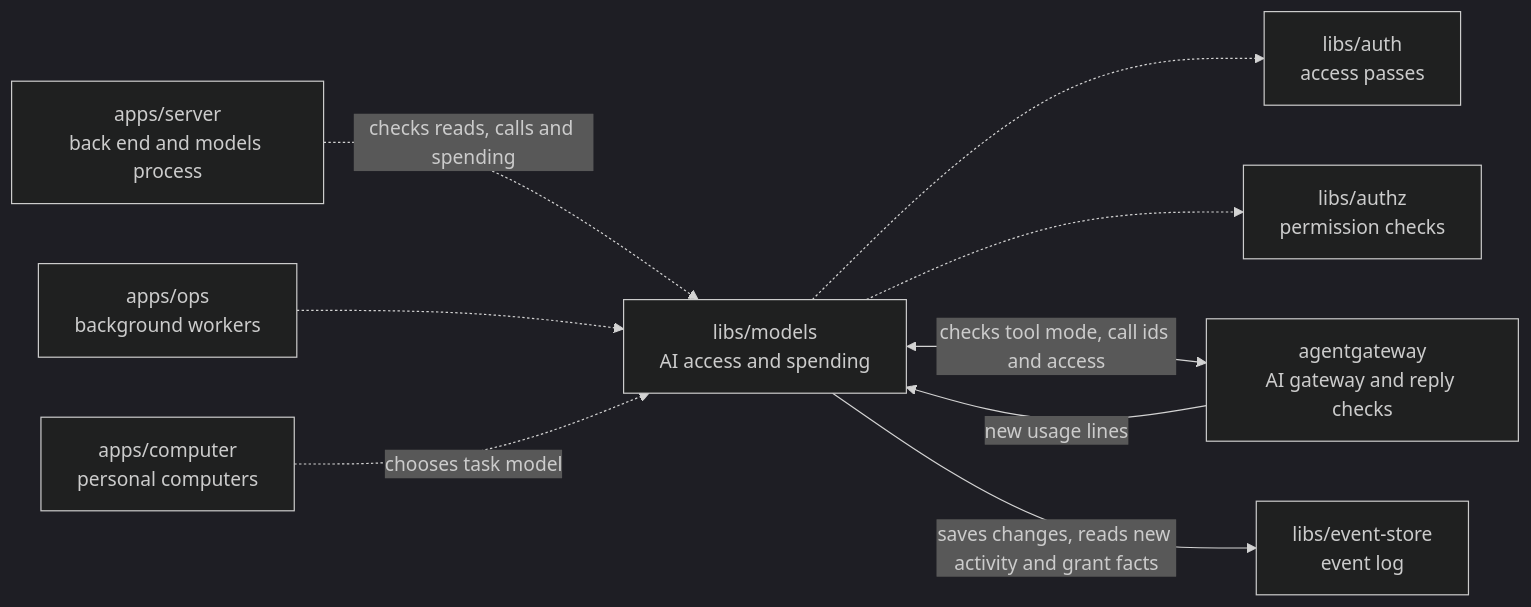
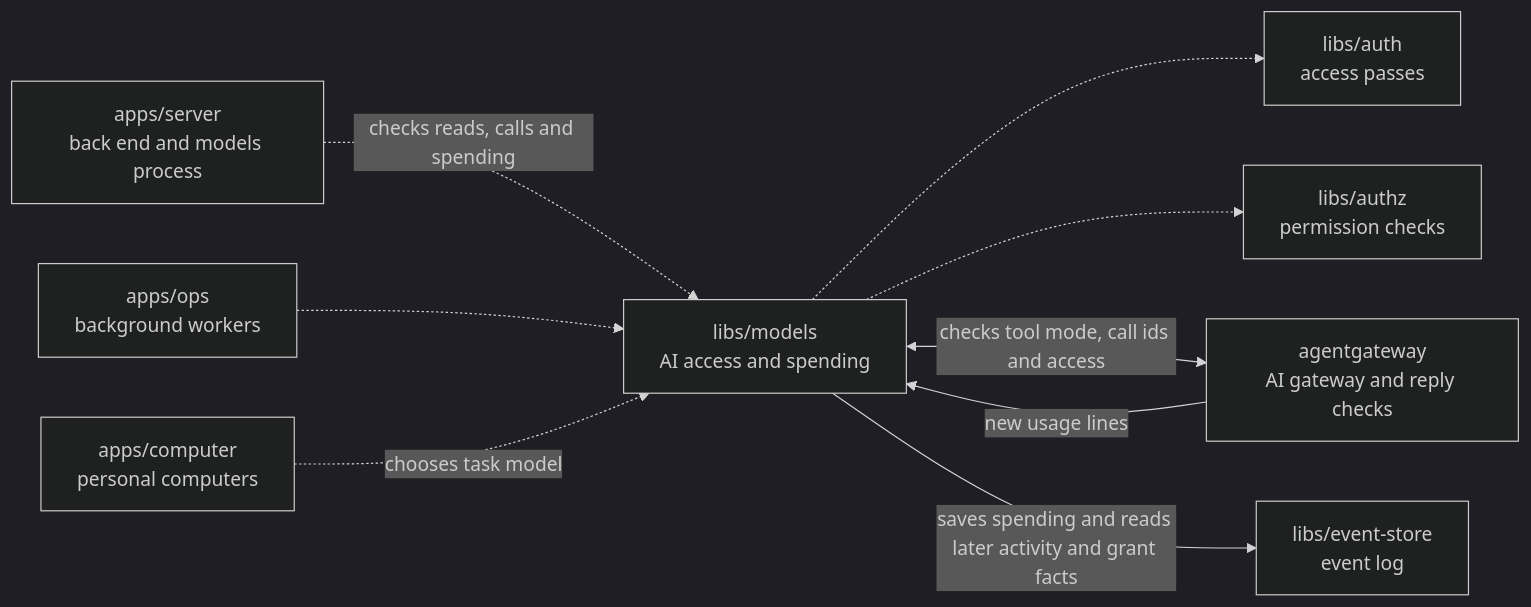
The diagram in libs/models/README.md (elewa-git/opencrane-new), drawn with Mermaid (dark theme) before and after one commit. The commit also changed other lines of this file and 26 other files, not shown here.

````diff
--- a/libs/models/README.md
+++ b/libs/models/README.md
@@ -11,11 +11,11 @@
 ```mermaid
 flowchart LR
   server["apps/server<br/>back end and models process"] -.->|checks reads, calls and spending| models["libs/models<br/>AI access and spending"]
   ops["apps/ops<br/>background workers"] -.-> models
   computer["apps/computer<br/>personal computers"] -.->|chooses task model| models
   models -.-> auth["libs/auth<br/>access passes"]
   models -.-> authz["libs/authz<br/>permission checks"]
   models <-->|checks tool mode, call ids and access| gateway["agentgateway<br/>AI gateway and reply checks"]
   gateway -->|new usage lines| models
-  models -->|saves changes, reads new activity and grant facts| store["libs/event-store<br/>event log"]
+  models -->|saves spending and reads later activity and grant facts| store["libs/event-store<br/>event log"]
 ```
````
